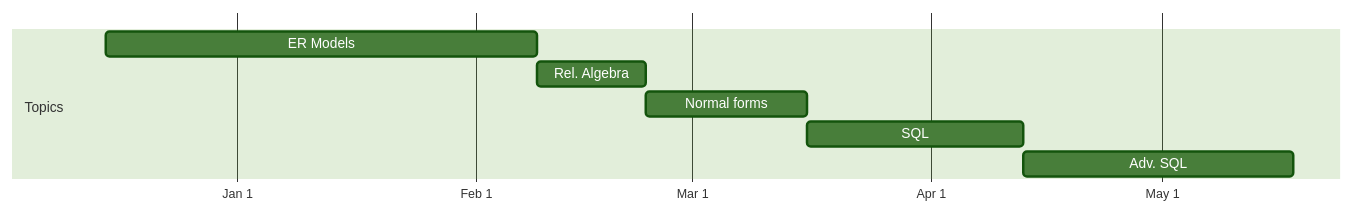
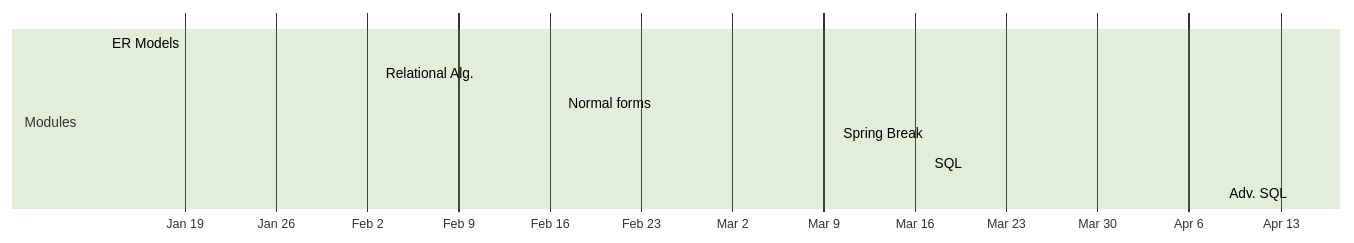
One commit to lowkeylabs/cmsc408-course-admin changed the diagram in sp2025/gantts/week-mermaid.mmd. Above: the diagram before and after it, drawn with Mermaid (forest theme). The commit also changed 3 other files, not shown here.

Commit message:
working new gantts

```diff
--- a/sp2025/gantts/week-mermaid.mmd
+++ b/sp2025/gantts/week-mermaid.mmd
@@ -1,12 +1,13 @@
-
 gantt
-    dateFormat  M/DD/YYYY
+    dateFormat YYYY-M-DD
     axisFormat %b %e
     todayMarker stroke-width:7px,stroke:#FFB300,opacity:0.5
 
-    section Topics
-    ER Models : m1, 12/15/2024, 8w
-    Rel. Algebra: m4, after m1, 2w
-    Normal forms: m5, after m4, 3w
-    SQL : m6, after m5, 4w
-    Adv. SQL: m7, after m6, 5w
+    section Modules
+
+    ER Models : m0, 2025-01-13, 2025-02-02
+    Relational Alg. : m1, 2025-02-03, 2025-02-16
+    Normal forms : m2, 2025-02-17, 2025-03-09
+    Spring Break : m3, 2025-03-10, 2025-03-16
+    SQL : m4, 2025-03-17, 2025-04-13
+    Adv. SQL : m5, 2025-04-14, 2025-05-11
```
